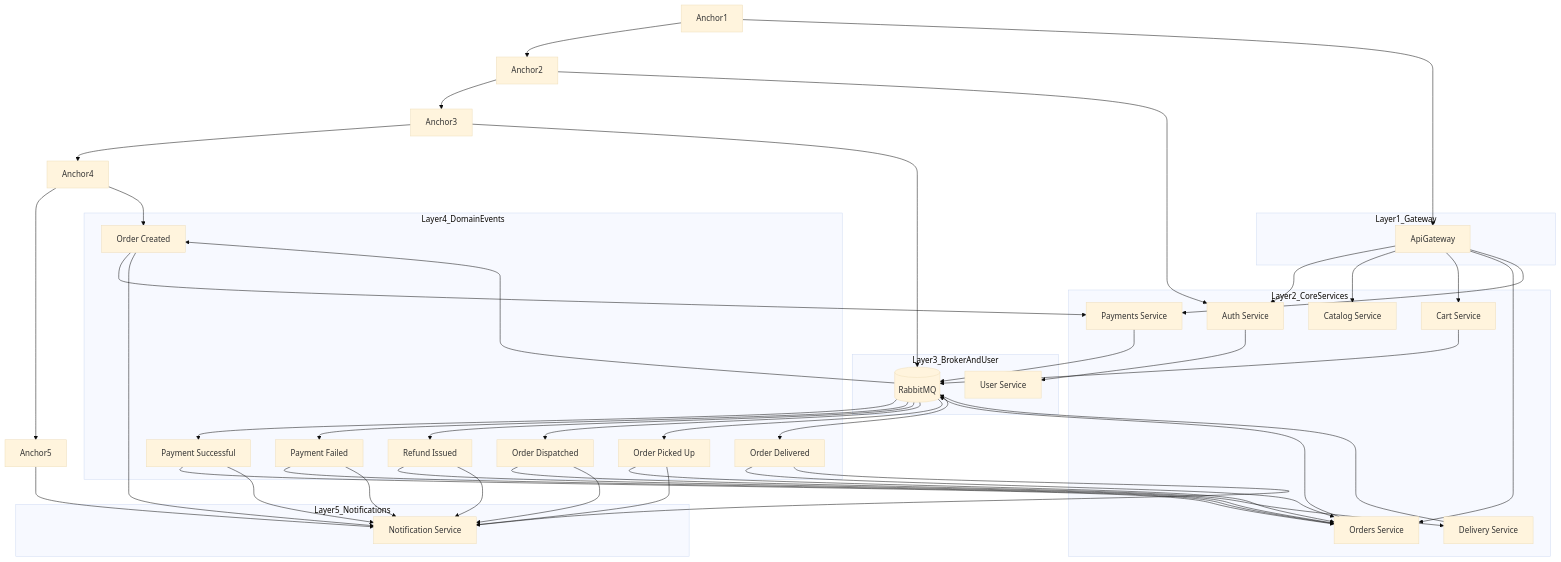
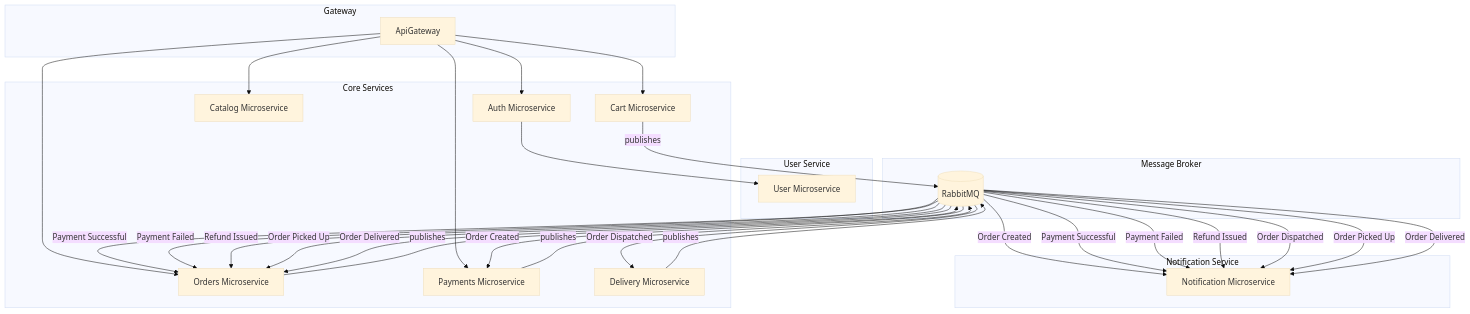
One commit to NVolnukhin/OrderAccountingSystem changed the diagram in README.md. Above: the diagram before and after it, drawn with Mermaid (base theme).

Commit message:
update READNE

````diff
--- a/README.md
+++ b/README.md
@@ -28,52 +28,37 @@
 ```mermaid
 graph TD
 
-%% ───── Связующий узел для вертикального выравнивания ─────
-   Anchor1 --> Anchor2 --> Anchor3 --> Anchor4 --> Anchor5
-
-%% ───── Layer 1: Gateway ─────
-   subgraph Layer1_Gateway
+%% ───── Gateway ─────
+   subgraph Gateway
       AG[ApiGateway]
    end
-   Anchor1 --> AG
 
-%% ───── Layer 2: Core Services ─────
-   subgraph Layer2_CoreServices
-      AU[Auth Service]
-      CA[Catalog Service]
-      CR[Cart Service]
-      OR[Orders Service]
-      PA[Payments Service]
-      DE[Delivery Service]
+%% ───── Core Services ─────
+   subgraph Core Services
+      AU[Auth Microservice]
+      CA[Catalog Microservice]
+      CR[Cart Microservice]
+      OR[Orders Microservice]
+      PA[Payments Microservice]
+      DE[Delivery Microservice]
    end
-   Anchor2 --> AU
 
-%% ───── Layer 3: Message Broker & User ─────
-   subgraph Layer3_BrokerAndUser
+%% ───── External: User Service ─────
+   subgraph User Service
+      US[User Microservice]
+   end
+
+%% ───── External: Notification ─────
+   subgraph Notification Service
+      NO[Notification Microservice]
+   end
+
+%% ───── Message Broker ─────
+   subgraph Message Broker
       RMQ[(RabbitMQ)]
-      US[User Service]
    end
-   Anchor3 --> RMQ
 
-%% ───── Layer 4: Domain Events ─────
-   subgraph Layer4_DomainEvents
-      OC[Order Created]
-      OPS[Payment Successful]
-      OPF[Payment Failed]
-      RF[Refund Issued]
-      OD[Order Dispatched]
-      OP[Order Picked Up]
-      DL[Order Delivered]
-   end
-   Anchor4 --> OC
-
-%% ───── Layer 5: Notification ─────
-   subgraph Layer5_Notifications
-      NO[Notification Service]
-   end
-   Anchor5 --> NO
-
-%% Gateway routing
+%% Gateway → Core
    AG --> AU
    AG --> CA
    AG --> CR
@@ -83,37 +68,27 @@
 %% Auth → User registration
    AU --> US
 
-%% Core services publish to RabbitMQ
-   CR --> RMQ
-   OR --> RMQ
-   PA --> RMQ
-   DE --> RMQ
+%% Core publishes events
+   CR -- publishes --> RMQ
+   OR -- publishes --> RMQ
+   PA -- publishes --> RMQ
+   DE -- publishes --> RMQ
 
-%% Events flow from RabbitMQ
-   RMQ --> OC
-   RMQ --> OPS
-   RMQ --> OPF
-   RMQ --> RF
-   RMQ --> OD
-   RMQ --> OP
-   RMQ --> DL
+%% Core services consume events
+   RMQ -- Order Created --> PA
+   RMQ -- Payment Successful --> OR
+   RMQ -- Payment Failed --> OR
+   RMQ -- Refund Issued --> OR
+   RMQ -- Order Dispatched --> DE
+   RMQ -- Order Picked Up --> OR
+   RMQ -- Order Delivered --> OR
 
-%% Event consumers
-   OC --> PA
-   OPS --> OR
-   OPF --> OR
-   RF --> OR
-   OD --> DE
-   OP --> OR
-   DL --> OR
-
-%% Notification service listens to all
-   OC --> NO
-   OPS --> NO
-   OPF --> NO
-   RF --> NO
-   OD --> NO
-   OP --> NO
-   DL --> NO
-
+%% Notification subscribes to all order-related events
+   RMQ -- Order Created --> NO
+   RMQ -- Payment Successful --> NO
+   RMQ -- Payment Failed --> NO
+   RMQ -- Refund Issued --> NO
+   RMQ -- Order Dispatched --> NO
+   RMQ -- Order Picked Up --> NO
+   RMQ -- Order Delivered --> NO
 ```
````
